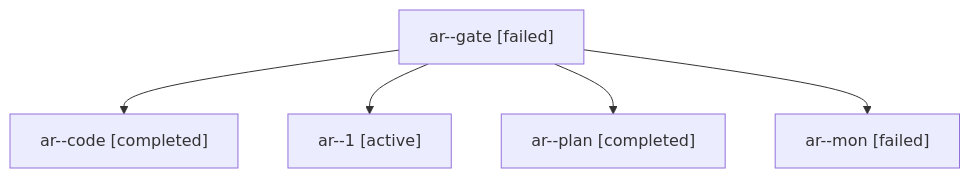
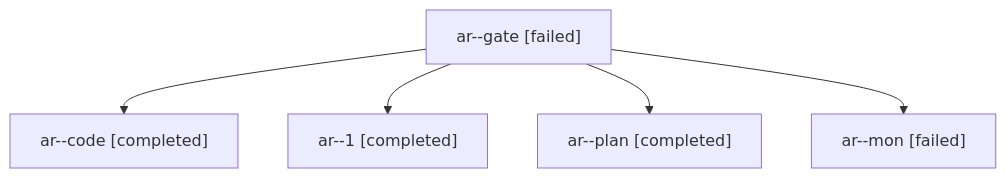
One commit to bobs-org/bob-cli--agents changed the diagram in sessions/bbugyi200.apollo.ar.md. Above: the diagram before and after it, drawn with Mermaid. The commit also changed other lines of this file and 53 other files, not shown here.

````diff
--- a/sessions/bbugyi200.apollo.ar.md
+++ b/sessions/bbugyi200.apollo.ar.md
@@ -9,12 +9,12 @@
 ```mermaid
 flowchart TD
   n0["ar--gate [failed]"]
   n1["ar--code [completed]"]
   n0 --> n1
-  n2["ar--1 [active]"]
+  n2["ar--1 [completed]"]
   n0 --> n2
   n3["ar--plan [completed]"]
   n0 --> n3
   n4["ar--mon [failed]"]
   n0 --> n4
 ```
````
